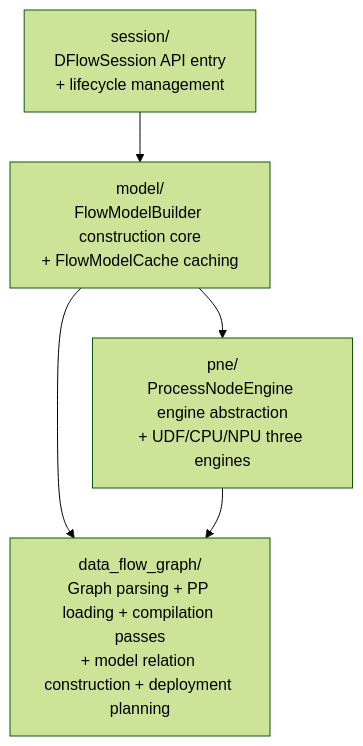
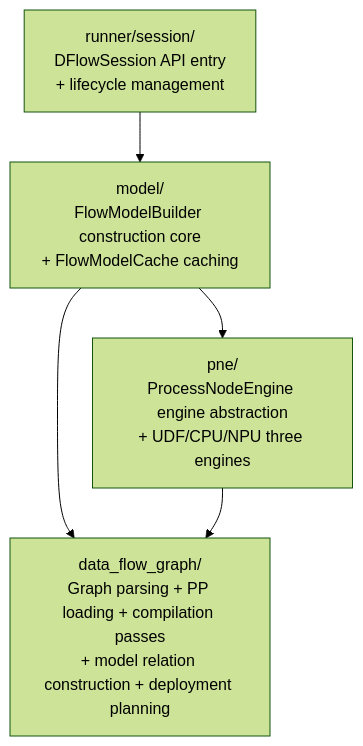
One commit to hicann/ge changed the third of 8 diagrams in docs/en/design/modules/dflow/dflow.md. Above: the diagram before and after it, drawn with Mermaid (forest theme). The commit also changed other lines of this file and 1 other file, not shown here.

````diff
--- a/docs/en/design/modules/dflow/dflow.md
+++ b/docs/en/design/modules/dflow/dflow.md
@@ -278,7 +278,7 @@
 ```mermaid
 flowchart TD
-    A["session/<br/>DFlowSession API entry<br/>+ lifecycle management"] --> B["model/<br/>FlowModelBuilder construction core<br/>+ FlowModelCache caching"]
+    A["runner/session/<br/>DFlowSession API entry<br/>+ lifecycle management"] --> B["model/<br/>FlowModelBuilder construction core<br/>+ FlowModelCache caching"]
     B --> C["pne/<br/>ProcessNodeEngine engine abstraction<br/>+ UDF/CPU/NPU three engines"]
     B --> D["data_flow_graph/<br/>Graph parsing + PP loading + compilation passes<br/>+ model relation construction + deployment planning"]
     C --> D
 ```
````
